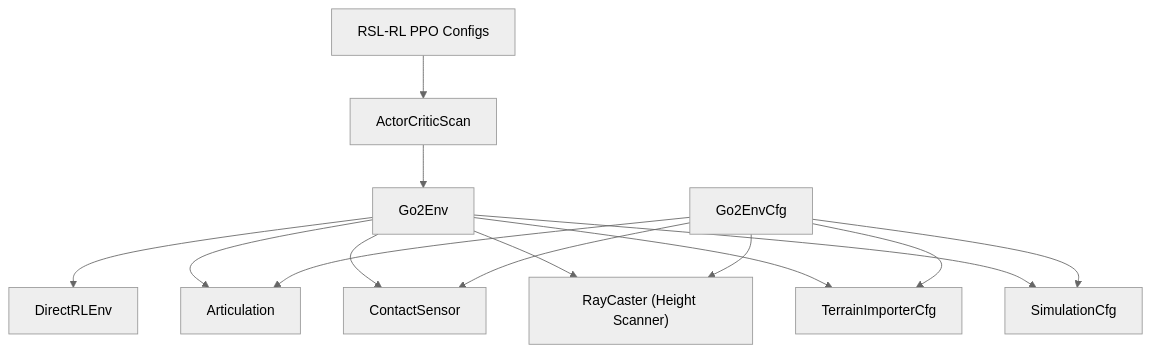
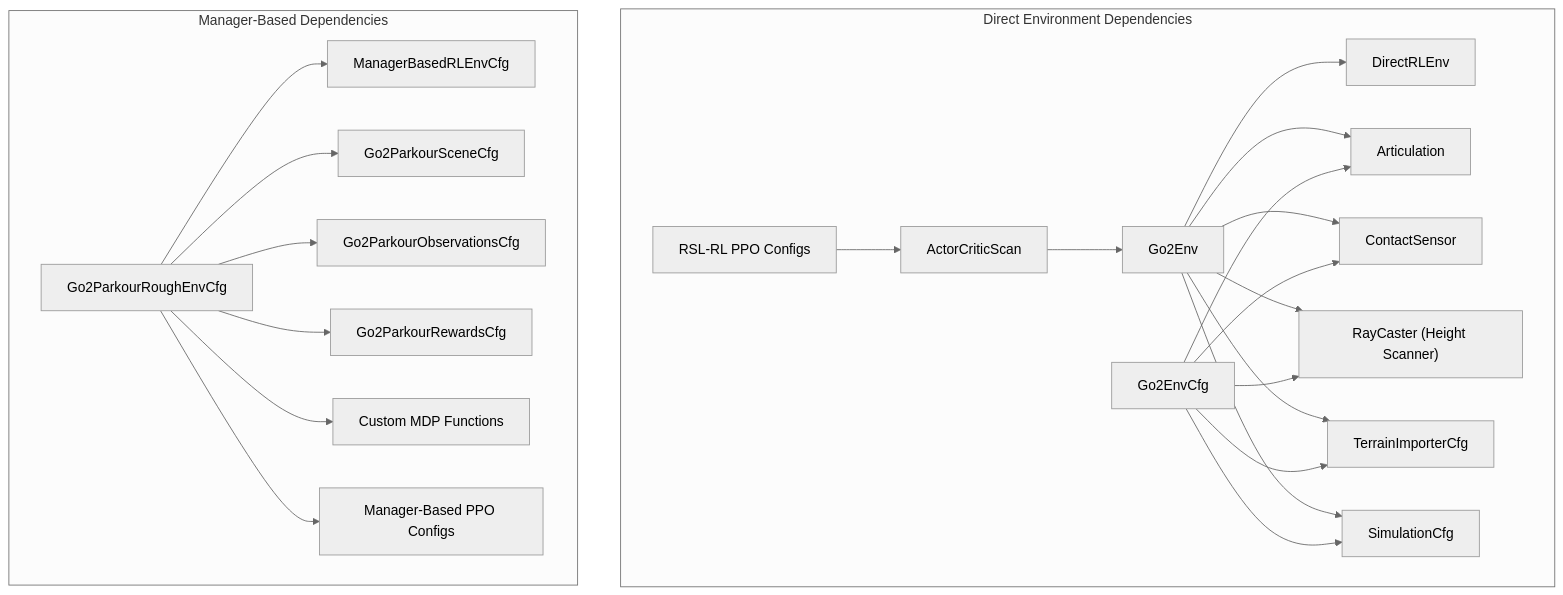
One commit to jayjayhust/extreme-quadruped-parkour changed the ninth of 9 diagrams in .qoder/repowiki/en/content/Go2 Environment System/Go2 Environment System.md. Above: the diagram before and after it, drawn with Mermaid (neutral theme). The commit also changed other lines of this file and 444 other files, not shown here.

````diff
--- a/.qoder/repowiki/en/content/Go2 Environment System/Go2 Environment System.md
+++ b/.qoder/repowiki/en/content/Go2 Environment System/Go2 Environment System.md
@@ -379,16 +547,26 @@
 ```mermaid
 graph TB
+subgraph "Direct Environment Dependencies"
 ENV["Go2Env"] --> CORE["DirectRLEnv"]
 ENV --> ROBOT["Articulation"]
 ENV --> CONTACT["ContactSensor"]
 ENV --> HEIGHT["RayCaster (Height Scanner)"]
 ENV --> TERRAIN["TerrainImporterCfg"]
 ENV --> SIM["SimulationCfg"]
 CFG["Go2EnvCfg"] --> ROBOT
 CFG --> CONTACT
 CFG --> HEIGHT
 CFG --> TERRAIN
 CFG --> SIM
 POL["ActorCriticScan"] --> ENV
 AGCFG["RSL-RL PPO Configs"] --> POL
+end
+subgraph "Manager-Based Dependencies"
+MPENV["Go2ParkourRoughEnvCfg"] --> MGR["ManagerBasedRLEnvCfg"]
+MPENV --> SCENE["Go2ParkourSceneCfg"]
+MPENV --> OBS["Go2ParkourObservationsCfg"]
+MPENV --> REW["Go2ParkourRewardsCfg"]
+MPENV --> MDP["Custom MDP Functions"]
+MPENV --> AGCFG2["Manager-Based PPO Configs"]
+end
 ```
````
